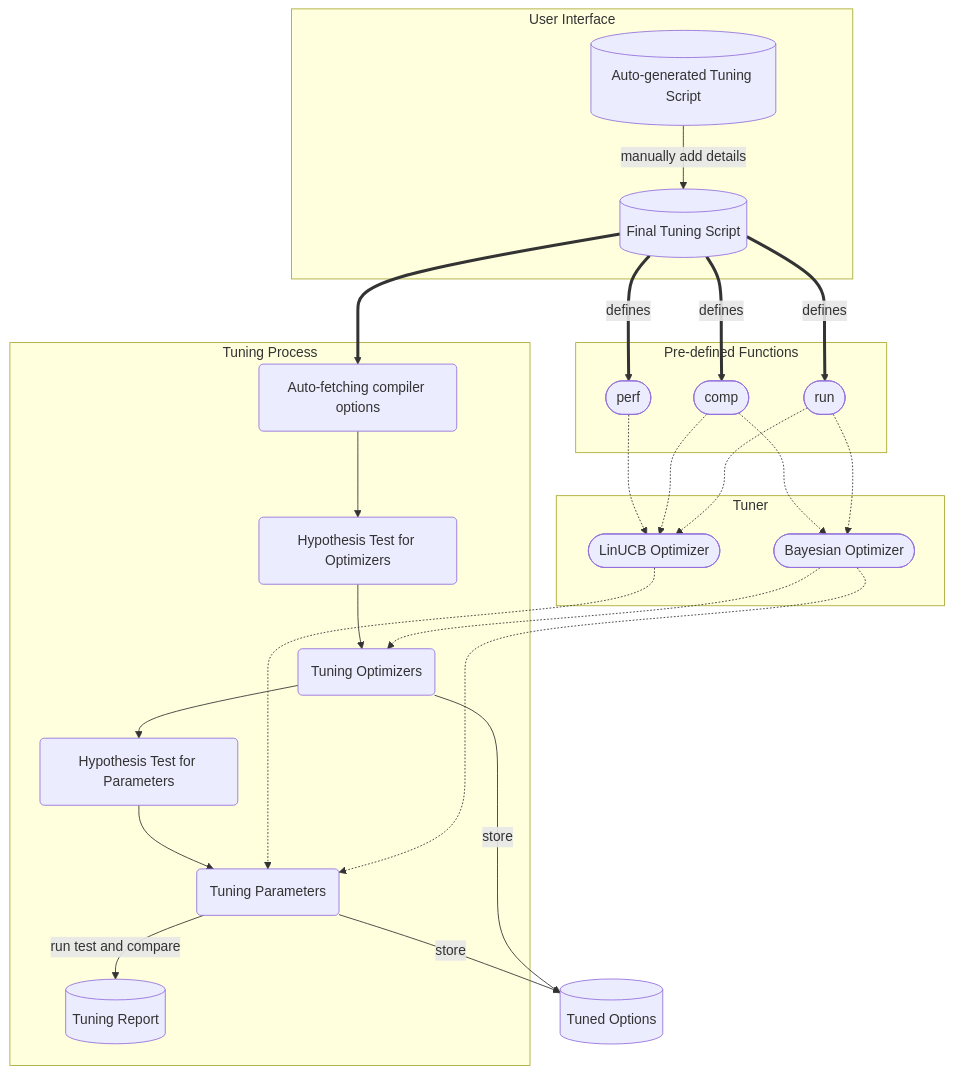
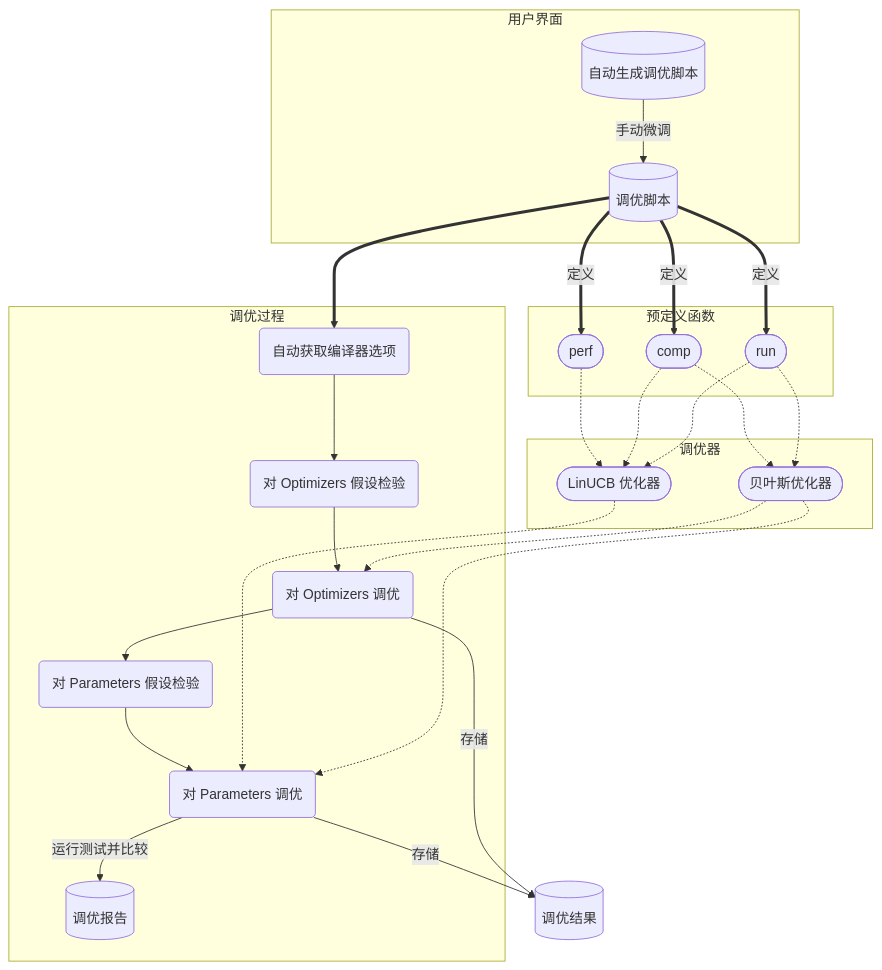
One commit to JuniMay/yatuner changed the diagram in README_CN.md. Above: the diagram before and after it, drawn with Mermaid.

Commit message:
docs: architecture graph in CN

````diff
--- a/README_CN.md
+++ b/README_CN.md
@@ -30,28 +30,28 @@
 ```mermaid
 graph TB
-subgraph User Interface
-    A[(Auto-generated Tuning Script)] -- manually add details --> B[(Final Tuning Script)]
+subgraph 用户界面
+    A[(自动生成调优脚本)] -- 手动微调 --> B[(调优脚本)]
 end
 B ==> C
-subgraph Tuning Process
-    C(Auto-fetching compiler options) --> D(Hypothesis Test for Optimizers) 
-    D --> E(Tuning Optimizers)
-    E --> F(Hypothesis Test for Parameters)
-    F --> G(Tuning Parameters)
-    G -- run test and compare --> I[(Tuning Report)]
+subgraph 调优过程
+    C(自动获取编译器选项) --> D(对 Optimizers 假设检验) 
+    D --> E(对 Optimizers 调优)
+    E --> F(对 Parameters 假设检验)
+    F --> G(对 Parameters 调优)
+    G -- 运行测试并比较 --> I[(调优报告)]
 end
-G -- store --> H[(Tuned Options)]
-E -- store --> H
-subgraph Tuner
-    J([LinUCB Optimizer]) -.-> G
-    K([Bayesian Optimizer]) -.-> G
+G -- 存储 --> H[(调优结果)]
+E -- 存储 --> H
+subgraph 调优器
+    J([LinUCB 优化器]) -.-> G
+    K([贝叶斯优化器]) -.-> G
     K -.-> E
 end
-subgraph Pre-defined Functions
-    B == defines ==> L([comp])
-    B == defines ==> M([run])
-    B == defines ==> N([perf])
+subgraph 预定义函数
+    B == 定义 ==> L([comp])
+    B == 定义 ==> M([run])
+    B == 定义 ==> N([perf])
 end
 N -.-> J
 L & M -.-> J & K
 ```
````
